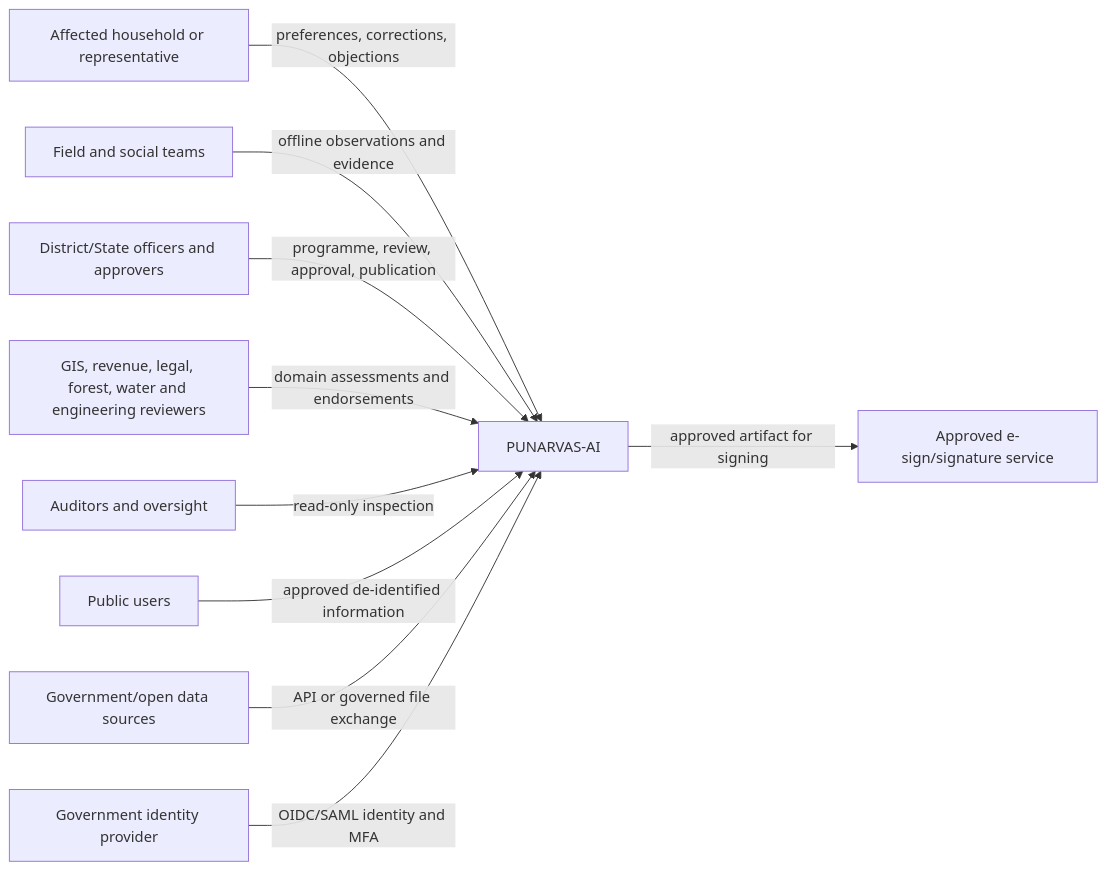
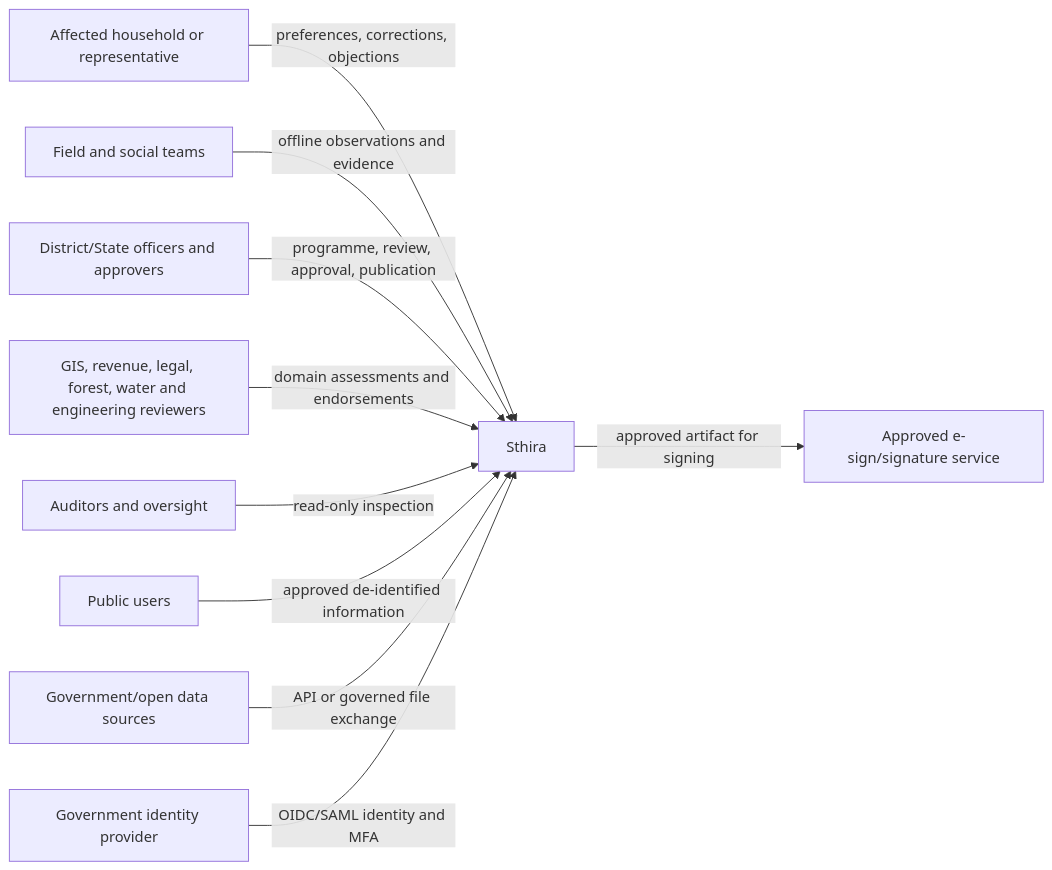
The first of 6 diagrams in architecture.md (prakashdole/sthira), drawn with Mermaid before and after one commit. The commit also changed other lines of this file and 170 other files, not shown here.

Commit message:
feat: rename project from PUNARVAS to Sthira across all source, tests, docs, and frontend

````diff
--- a/architecture.md
+++ b/architecture.md
@@ -33,24 +33,24 @@
 ```mermaid
 flowchart LR
     HH[Affected household or representative]
     FIELD[Field and social teams]
     GOV[District/State officers and approvers]
     DOMAIN[GIS, revenue, legal, forest, water and engineering reviewers]
     AUDIT[Auditors and oversight]
     PUBLIC[Public users]
     SOURCES[Government/open data sources]
     IDP[Government identity provider]
     SIGN[Approved e-sign/signature service]
 
-    SYS[PUNARVAS-AI]
+    SYS[Sthira]
 
     HH -->|preferences, corrections, objections| SYS
     FIELD -->|offline observations and evidence| SYS
     GOV -->|programme, review, approval, publication| SYS
     DOMAIN -->|domain assessments and endorsements| SYS
     AUDIT -->|read-only inspection| SYS
     PUBLIC -->|approved de-identified information| SYS
     SOURCES -->|API or governed file exchange| SYS
     IDP -->|OIDC/SAML identity and MFA| SYS
     SYS -->|approved artifact for signing| SIGN
 ```
````
